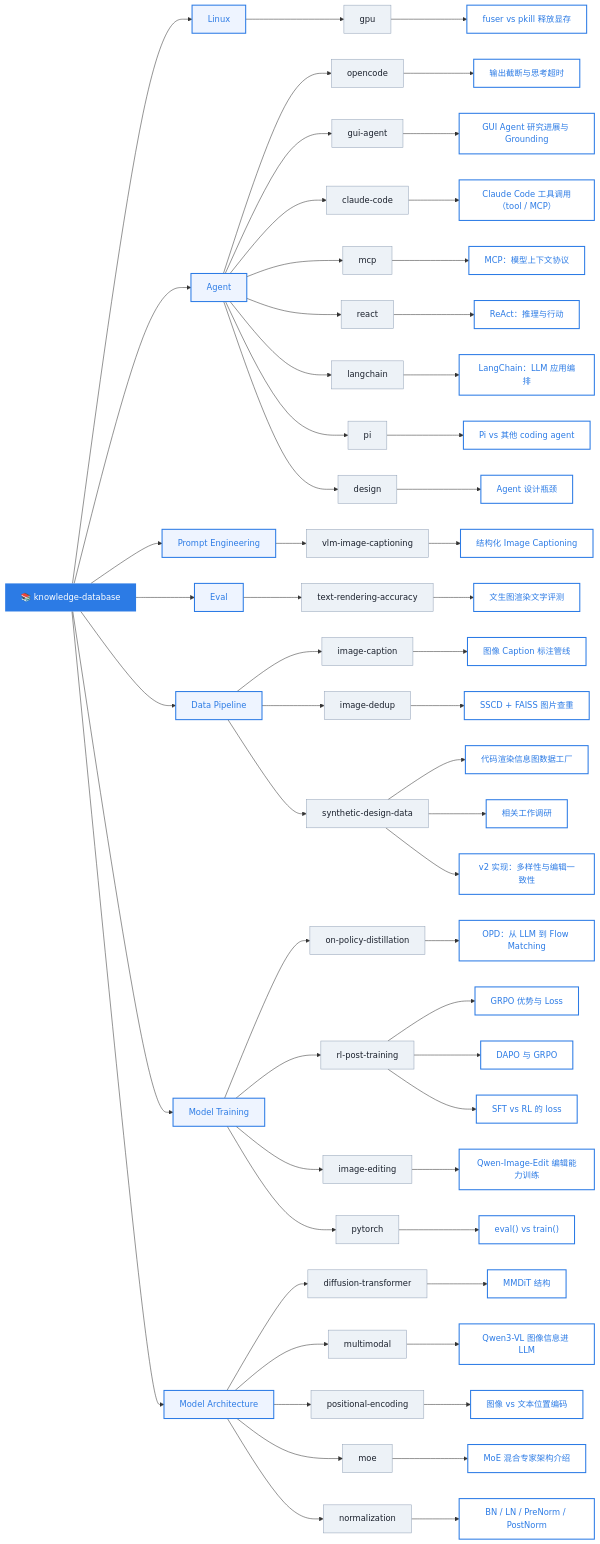
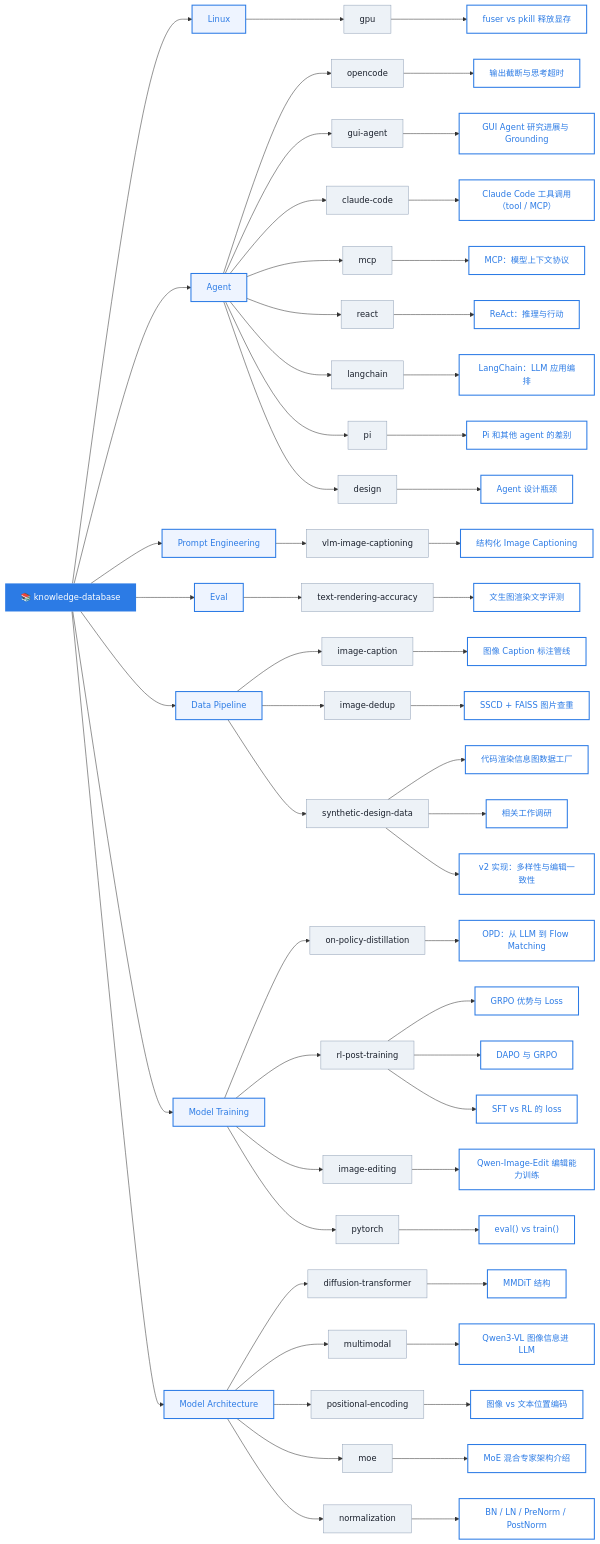
Before and after one commit to caseclose/knowledge-database: the diagram in README.md, drawn with Mermaid. The commit also changed 2 other files, not shown here.

Commit message:
fix: Pi 标题改为「差别在哪」，避免读成比较差
「相对……差在哪」容易理解成 Pi 更差；改成差别对比，并同步侧边栏和总览图文案。

```diff
--- a/README.md
+++ b/README.md
@@ -35,7 +35,7 @@
     MCP --> K20["MCP：模型上下文协议"]
     RA --> K22["ReAct：推理与行动"]
     LC --> K23["LangChain：LLM 应用编排"]
-    PI --> K26["Pi vs 其他 coding agent"]
+    PI --> K26["Pi 和其他 agent 的差别"]
     AD --> K27["Agent 设计瓶颈"]
 
     PE --> PE1["vlm-image-captioning"]
```
